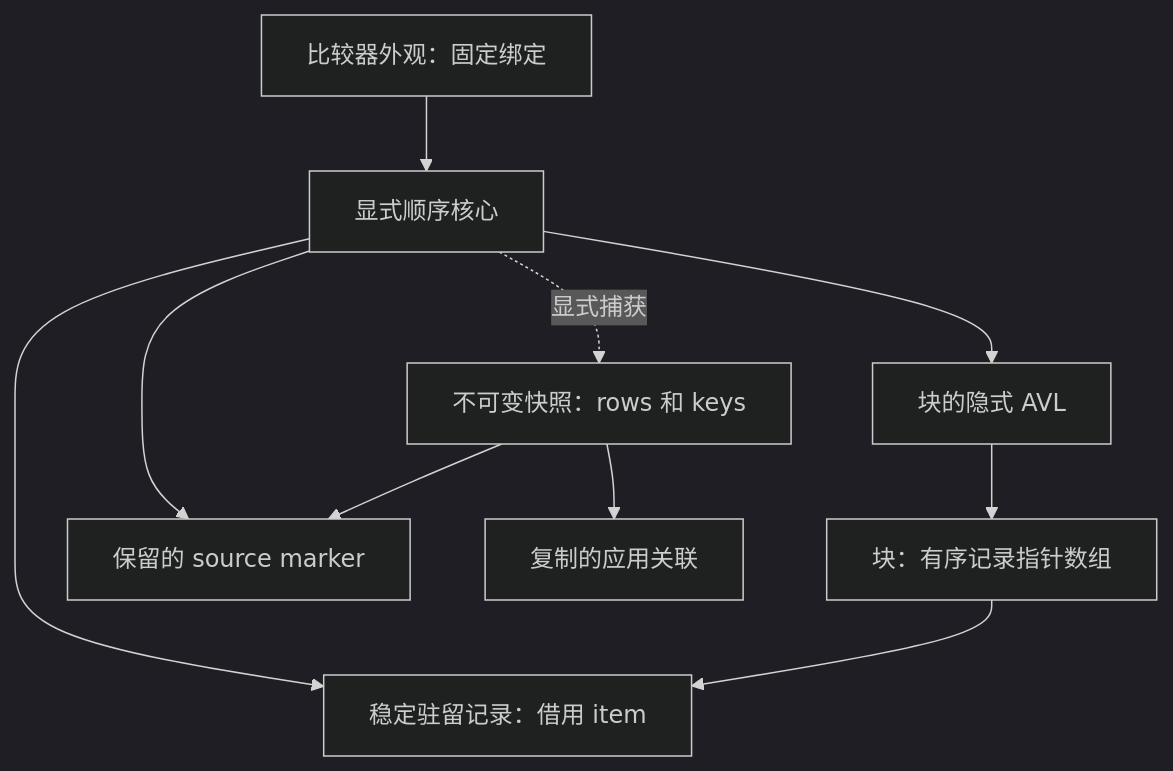
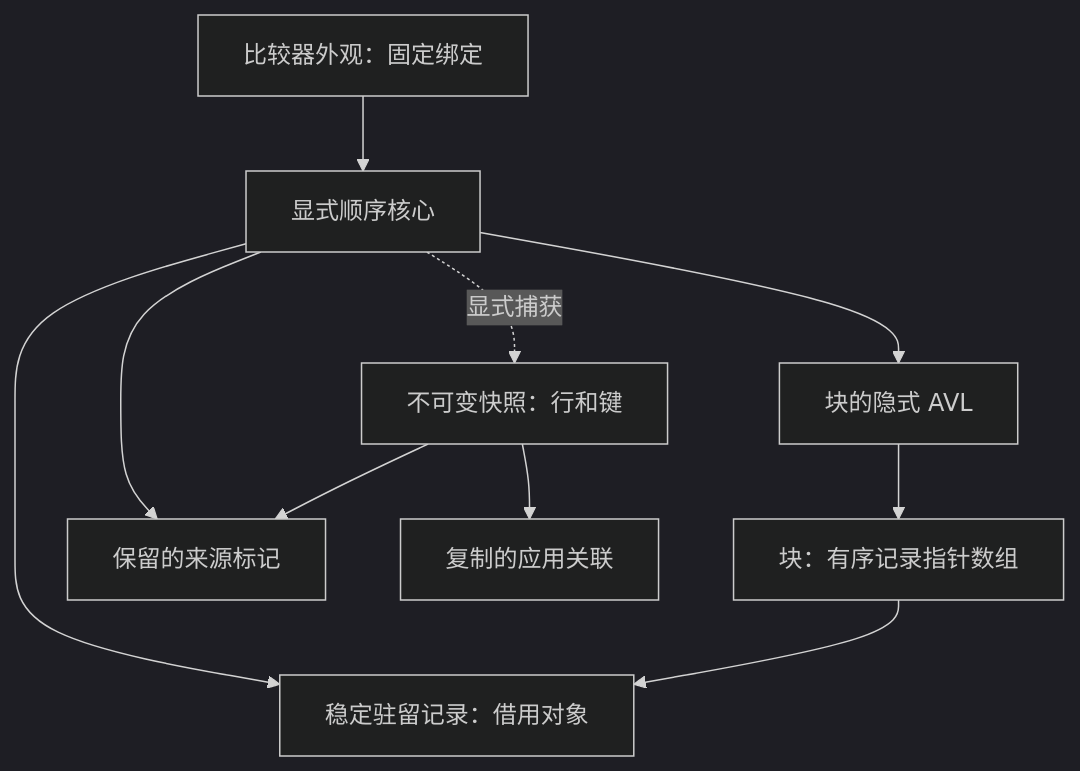
The diagram in docs/design/V4_ARCHITECTURE.zh-CN.md (RXY712200/LayerKeySort), drawn with Mermaid (dark theme) before and after one commit. The commit also changed other lines of this file and 2 other files, not shown here.

Commit message:
docs(full): rewrite historical architecture in readable Chinese

````diff
--- a/docs/design/V4_ARCHITECTURE.zh-CN.md
+++ b/docs/design/V4_ARCHITECTURE.zh-CN.md
@@ -46,12 +48,12 @@
 ```mermaid
 flowchart TD
  F[比较器外观：固定绑定] --> C[显式顺序核心]
- C --> R[稳定驻留记录：借用 item]
+ C --> R[稳定驻留记录：借用对象]
  C --> A[块的隐式 AVL]
  A --> B[块：有序记录指针数组]
  B --> R
- C --> M[保留的 source marker]
- C -. 显式捕获 .-> S[不可变快照：rows 和 keys]
+ C --> M[保留的来源标记]
+ C -. 显式捕获 .-> S[不可变快照：行和键]
  S --> M
  S --> P[复制的应用关联]
 ```
````
